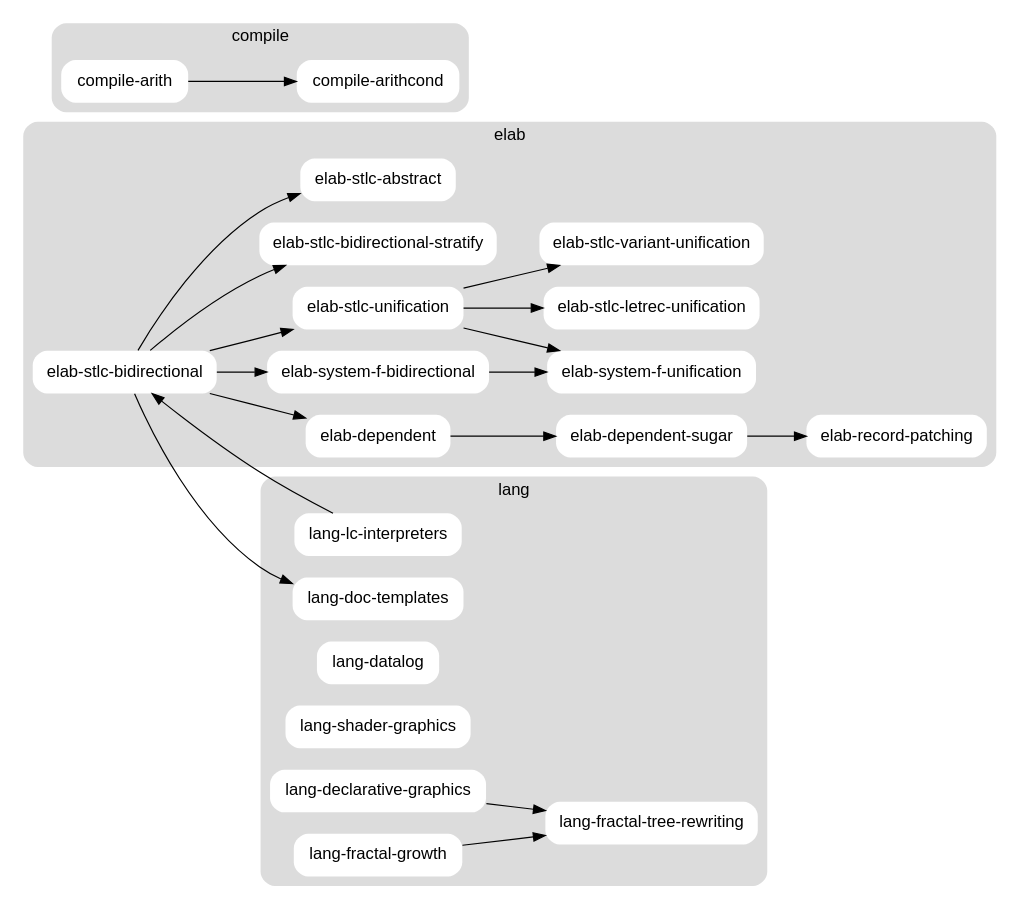
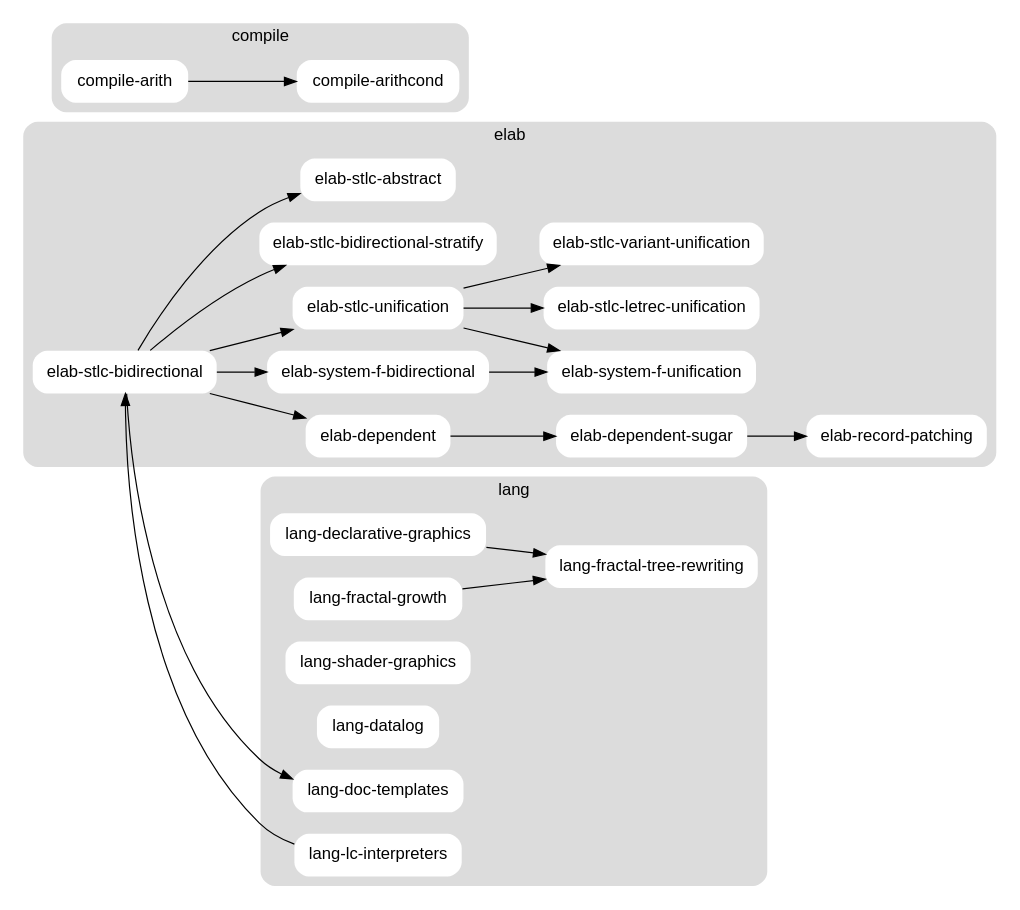
Before and after one commit to brendanzab/language-garden: the diagram in garden.dot, drawn with Graphviz. The commit also changed other lines of this file and 1 other file, not shown here.

Commit message:
docs: Update graph

```diff
--- a/garden.dot
+++ b/garden.dot
@@ -1,80 +1,80 @@
 // dot -Tsvg garden.dot > garden.svg
 // dot -Tpng garden.dot | imgcat
 
 digraph garden {
 
   graph [
     color = "none",
     fillcolor = "gainsboro",
     fontname = "Helvetica,Arial,sans-serif",
     rankdir = LR,
     style = "filled, rounded",
   ];
 
   node [
     color = "none",
     fillcolor = "white",
     fontname = "Helvetica,Arial,sans-serif",
     margin = "0.2, 0.0",
     shape = "box",
     style = "filled, rounded",
   ];
 
   subgraph elab {
     label = "elab";
     cluster = true;
 
     "elab-dependent";
     "elab-dependent-sugar";
     "elab-record-patching";
 
     "elab-system-f-bidirectional";
     "elab-system-f-unification";
 
     "elab-stlc-bidirectional";
     "elab-stlc-unification";
     "elab-stlc-letrec-unification";
     "elab-stlc-variant-unification";
     "elab-stlc-bidirectional-stratify";
     "elab-stlc-abstract";
   }
 
   subgraph compile {
     label = "compile";
     cluster = true;
 
     "compile-arith";
     "compile-arithcond";
   }
 
   subgraph lang {
     label = "lang";
     cluster = true;
 
-    "lang-lc-interpreters";
-    "lang-doc-templates";
-    "lang-datalog";
-    "lang-shader-graphics";
     "lang-declarative-graphics";
     "lang-fractal-growth";
     "lang-fractal-tree-rewriting";
+    "lang-shader-graphics";
+    "lang-datalog";
+    "lang-doc-templates";
+    "lang-lc-interpreters";
   }
 
   "elab-stlc-bidirectional" -> "elab-stlc-bidirectional-stratify";
   "elab-stlc-bidirectional" -> "elab-stlc-unification";
   "elab-stlc-bidirectional" -> "elab-stlc-abstract";
   "elab-stlc-bidirectional" -> "elab-system-f-bidirectional";
   "elab-stlc-bidirectional" -> "elab-dependent";
   "elab-stlc-bidirectional" -> "lang-doc-templates";
   "elab-stlc-unification" -> "elab-stlc-letrec-unification";
   "elab-stlc-unification" -> "elab-stlc-variant-unification";
   "elab-stlc-unification" -> "elab-system-f-unification";
   "elab-system-f-bidirectional" -> "elab-system-f-unification";
   "elab-dependent" -> "elab-dependent-sugar";
   "elab-dependent-sugar" -> "elab-record-patching";
   "compile-arith" -> "compile-arithcond";
   "lang-lc-interpreters" -> "elab-stlc-bidirectional";
   "lang-fractal-growth" -> "lang-fractal-tree-rewriting";
   "lang-declarative-graphics" -> "lang-fractal-tree-rewriting";
 
 }
```
